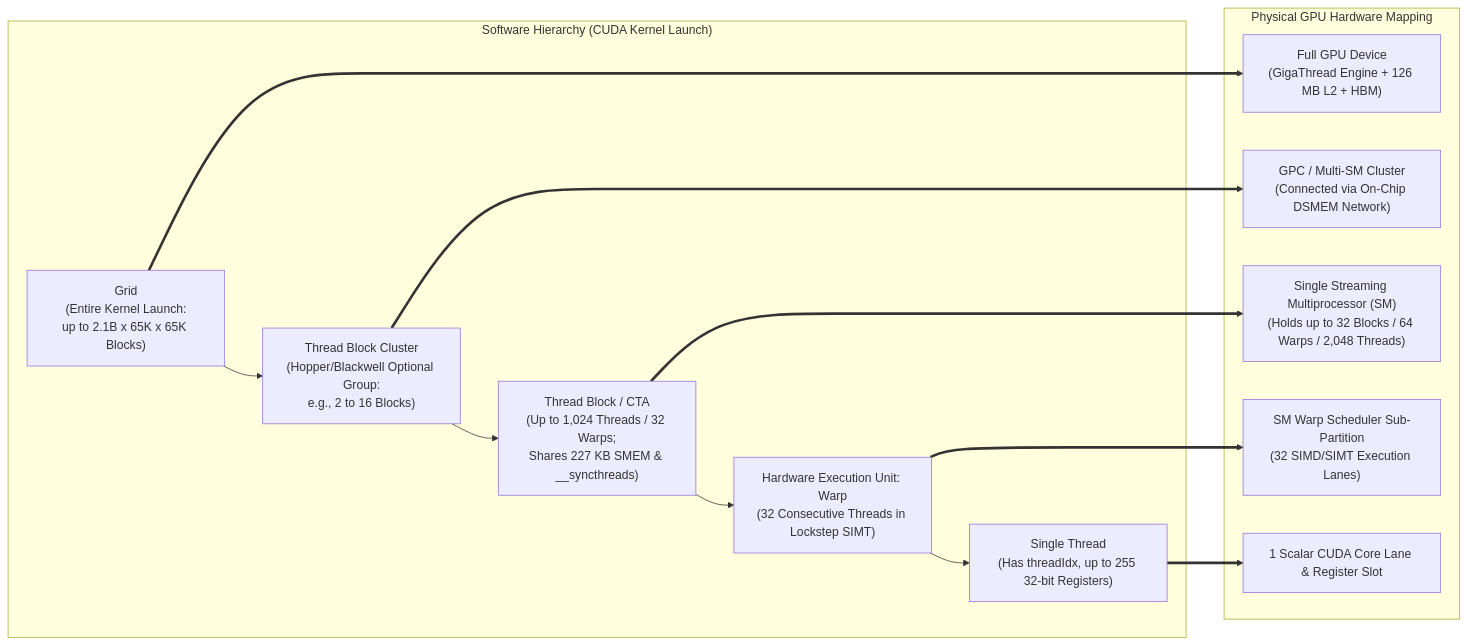
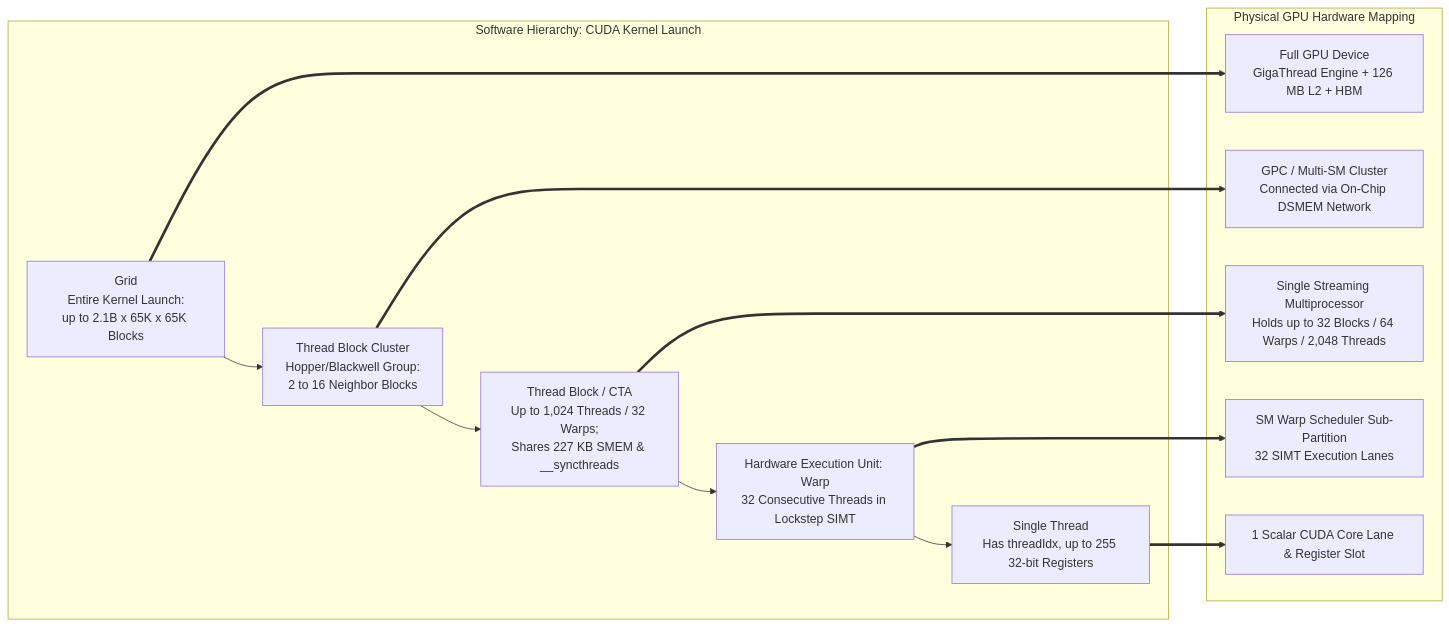
One commit to jithinpnjm/ai-infra-handbook changed the third of 5 diagrams in docs/part-10-gpu-cuda/02-the-execution-model-threads-warps-blocks-and-sms.md. Above: the diagram before and after it, drawn with Mermaid. The commit also changed other lines of this file and 503 other files, not shown here.

````diff
--- a/docs/part-10-gpu-cuda/02-the-execution-model-threads-warps-blocks-and-sms.md
+++ b/docs/part-10-gpu-cuda/02-the-execution-model-threads-warps-blocks-and-sms.md
@@ -137,23 +149,23 @@
 ```mermaid
 flowchart LR
-    subgraph Soft["Software Hierarchy (CUDA Kernel Launch)"]
-        Grid["Grid<br/>(Entire Kernel Launch:<br/>up to 2.1B x 65K x 65K Blocks)"] --> Clust["Thread Block Cluster<br/>(Hopper/Blackwell Optional Group:<br/>e.g., 2 to 16 Blocks)"]
-        Clust --> CTA["Thread Block / CTA<br/>(Up to 1,024 Threads / 32 Warps;<br/>Shares 227 KB SMEM & __syncthreads)"]
-        CTA --> Warp["Hardware Execution Unit: Warp<br/>(32 Consecutive Threads in Lockstep SIMT)"]
-        Warp --> Th["Single Thread<br/>(Has threadIdx, up to 255 32-bit Registers)"]
+    subgraph Soft["Software Hierarchy: CUDA Kernel Launch"]
+        Grid["Grid<br/>Entire Kernel Launch:<br/>up to 2.1B x 65K x 65K Blocks"] --> Clust["Thread Block Cluster<br/>Hopper/Blackwell Group:<br/>2 to 16 Neighbor Blocks"]
+        Clust --> CTA["Thread Block / CTA<br/>Up to 1,024 Threads / 32 Warps;<br/>Shares 227 KB SMEM & __syncthreads"]
+        CTA --> Warp["Hardware Execution Unit: Warp<br/>32 Consecutive Threads in Lockstep SIMT"]
+        Warp --> Th["Single Thread<br/>Has threadIdx, up to 255 32-bit Registers"]
     end
 
     subgraph Hard["Physical GPU Hardware Mapping"]
-        Dev["Full GPU Device<br/>(GigaThread Engine + 126 MB L2 + HBM)"]
-        GPC["GPC / Multi-SM Cluster<br/>(Connected via On-Chip DSMEM Network)"]
-        SM["Single Streaming Multiprocessor (SM)<br/>(Holds up to 32 Blocks / 64 Warps / 2,048 Threads)"]
-        Sub["SM Warp Scheduler Sub-Partition<br/>(32 SIMD/SIMT Execution Lanes)"]
+        Dev["Full GPU Device<br/>GigaThread Engine + 126 MB L2 + HBM"]
+        GPC["GPC / Multi-SM Cluster<br/>Connected via On-Chip DSMEM Network"]
+        SM["Single Streaming Multiprocessor<br/>Holds up to 32 Blocks / 64 Warps / 2,048 Threads"]
+        Sub["SM Warp Scheduler Sub-Partition<br/>32 SIMT Execution Lanes"]
         Lane["1 Scalar CUDA Core Lane & Register Slot"]
     end
 
     Grid ==> Dev
     Clust ==> GPC
     CTA ==> SM
     Warp ==> Sub
     Th ==> Lane
 ```
````
